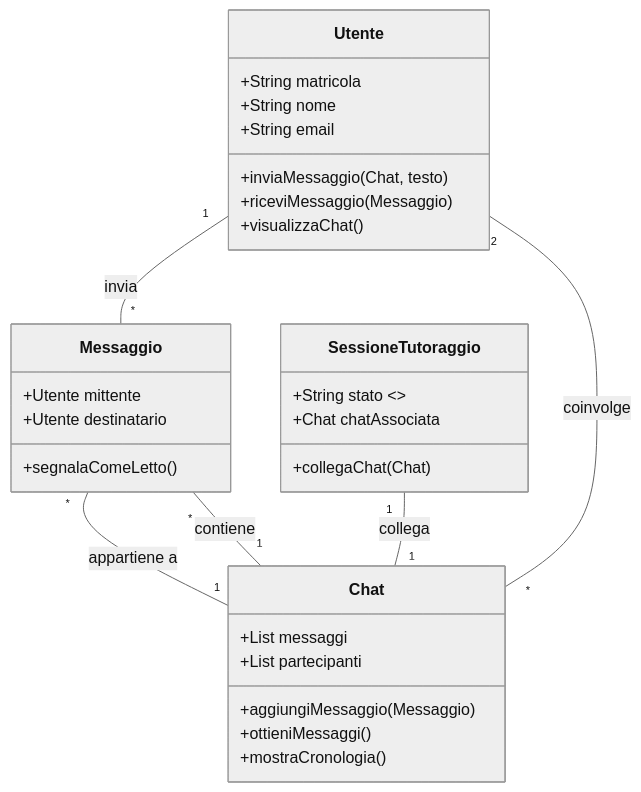
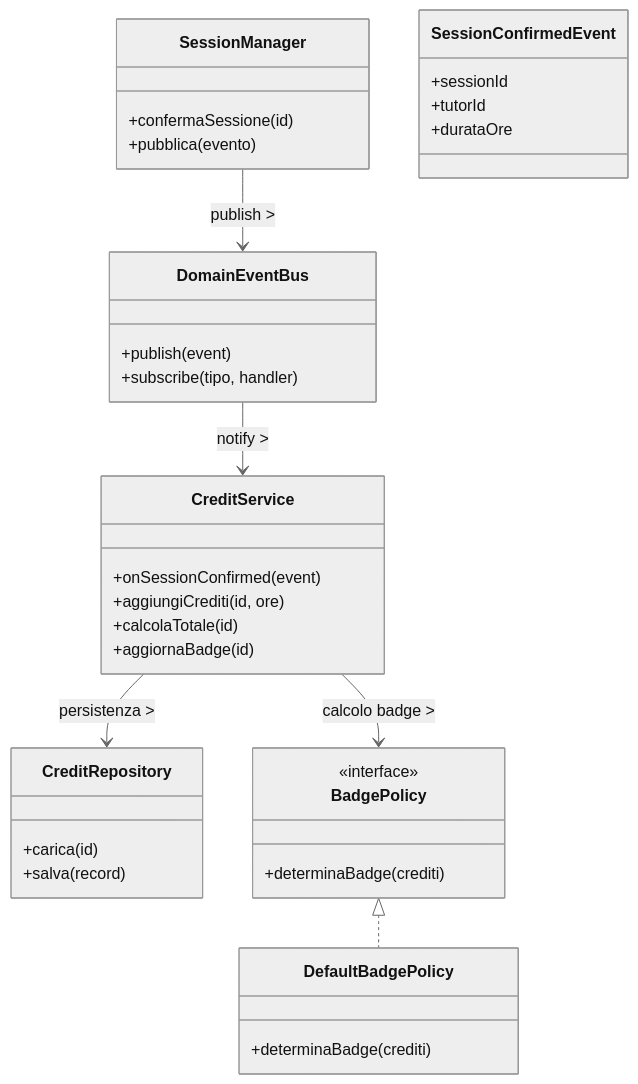
Before and after one commit to Sil2564/unibo_tutoring: the fourth of 4 diagrams in README.md, drawn with Mermaid (neutral theme). The commit also changed other lines of this file, not shown here.

Commit message:
Fix typos and improve README content + design dettagliato NIKI
Ho cominciato a lavorare al mio schema uml per quanto riguarda la metarelazione e anche le parti riguardanti il design dettagliato singolo(cominciando a lavorare al mio per vedere come impostare il lavoro.

````diff
--- a/README.md
+++ b/README.md
@@ -172,49 +209,51 @@
 ```mermaid
 classDiagram
-    %% ===== CLASSI PRINCIPALI =====
+    %% ============================================================
+    %% DESIGN DETTAGLIATO - CREDITI & BADGE (NIKI)
+    %% Pattern: Observer + Strategy
+    %% ============================================================
 
-    class Utente {
-        +String matricola
-        +String nome
-        +String email
-        +inviaMessaggio(Chat, testo)
-        +riceviMessaggio(Messaggio)
-        +visualizzaChat()
+    class SessionManager {
+        +confermaSessione(id)
+        +pubblica(evento)
     }
 
-    class Chat {
-        %%+int idChat
-        +List<Messaggio> messaggi
-        +List<Utente> partecipanti
-        %%+DateTime ultimaAttivita
-        +aggiungiMessaggio(Messaggio)
-        +ottieniMessaggi()
-        +mostraCronologia()
+    class SessionConfirmedEvent {
+        +sessionId
+        +tutorId
+        +durataOre
     }
 
-    class Messaggio {
-        %%+int idMessaggio
-        %%+String testo
-        %%+DateTime timestamp
-        %%+boolean letto
-        +Utente mittente
-        +Utente destinatario
-        +segnalaComeLetto()
+    class DomainEventBus {
+        +publish(event)
+        +subscribe(tipo, handler)
     }
 
-    class SessioneTutoraggio {
-        %%+int idSessione
-        +String stato <<proposta/confermata/completata>>
-        +Chat chatAssociata
-        +collegaChat(Chat)
+    class CreditService {
+        +onSessionConfirmed(event)
+        +aggiungiCrediti(id, ore)
+        +calcolaTotale(id)
+        +aggiornaBadge(id)
     }
 
+    class CreditRepository {
+        +carica(id)
+        +salva(record)
+    }
 
+    class BadgePolicy {
+        +determinaBadge(crediti)
+    }
+    <<interface>> BadgePolicy
 
-    %% ===== RELAZIONI =====
-    Utente "1" -- "*" Messaggio : invia 
-    Messaggio "*" -- "1" Chat : appartiene a 
-    Chat "1" -- "*" Messaggio : contiene 
-    Chat "*" -- "2" Utente : coinvolge 
-    SessioneTutoraggio "1" -- "1" Chat : collega 
- ```
+    class DefaultBadgePolicy {
+        +determinaBadge(crediti)
+    }
+
+    %% RELAZIONI
+    SessionManager --> DomainEventBus : publish >
+    DomainEventBus --> CreditService : notify >
+    CreditService --> CreditRepository : persistenza >
+    CreditService --> BadgePolicy : calcolo badge >
+    BadgePolicy <|.. DefaultBadgePolicy
+```
````
